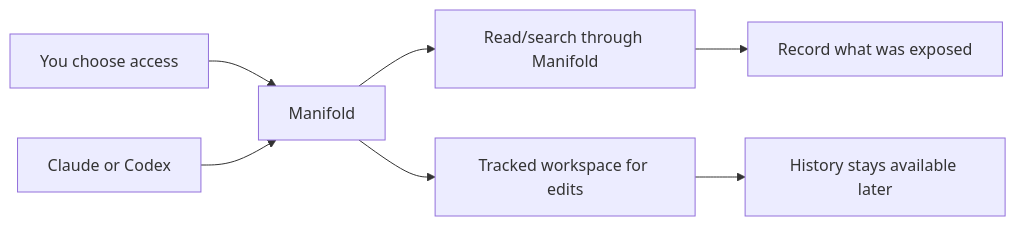
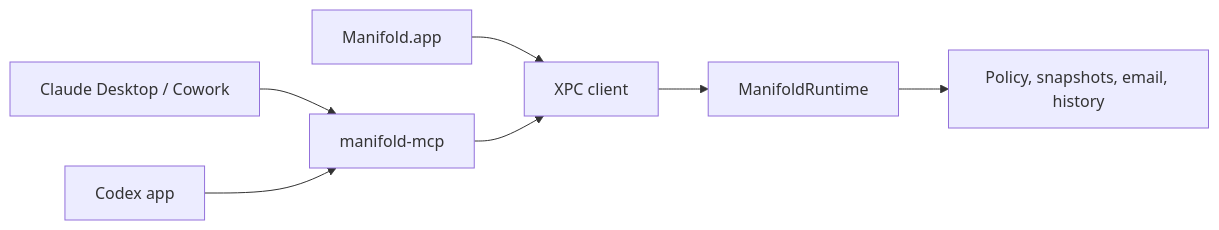
Before and after one commit to Spatial-Duality/Manifold: the diagram in README.md, drawn with Mermaid. The commit also changed other lines of this file and 38 other files, not shown here.

````diff
--- a/README.md
+++ b/README.md
@@ -40,9 +57,9 @@
 ```mermaid
 flowchart LR
-    U["You choose access"] --> M["Manifold"]
-    A["Claude or Codex"] --> M
-    M --> R["Read/search through Manifold"]
-    R --> E["Record what was exposed"]
-    M --> W["Tracked workspace for edits"]
-    W --> H["History stays available later"]
+    A["Claude Desktop / Cowork"] --> M["manifold-mcp"]
+    B["Codex app"] --> M
+    U["Manifold.app"] --> X["XPC client"]
+    M --> X
+    X --> R["ManifoldRuntime"]
+    R --> S["Policy, snapshots, email, history"]
 ```
````
